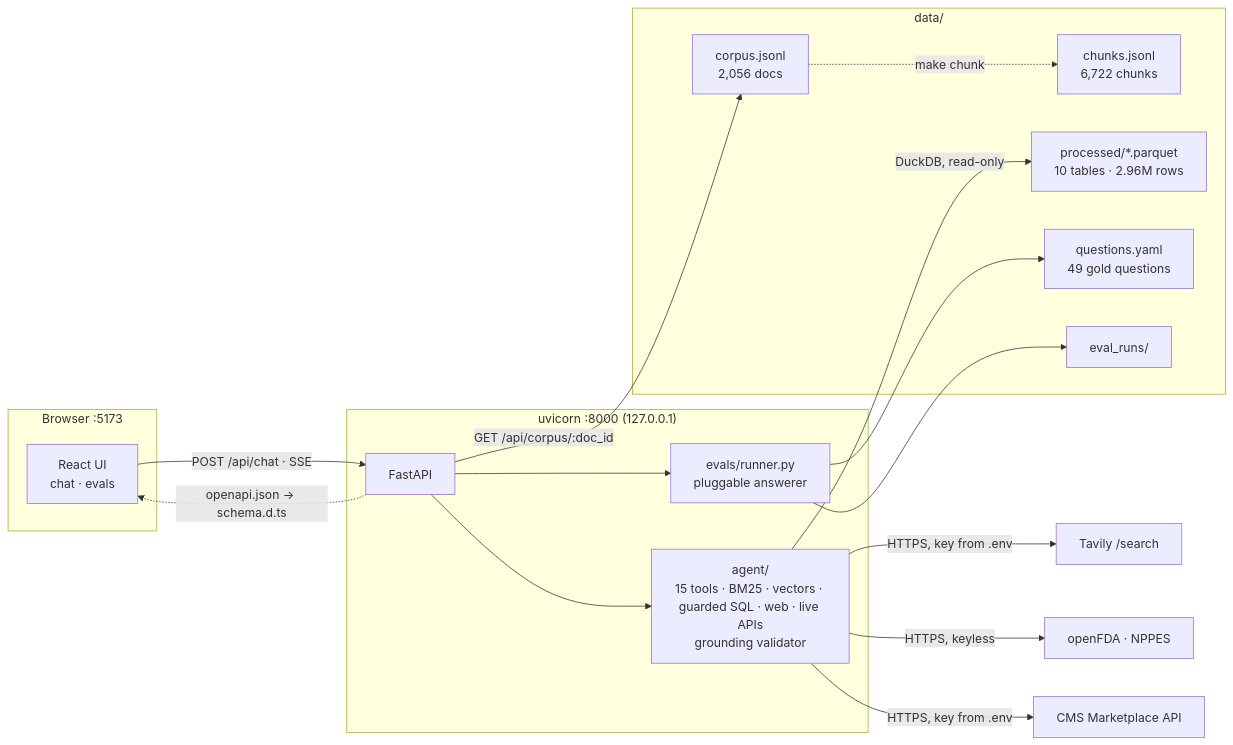
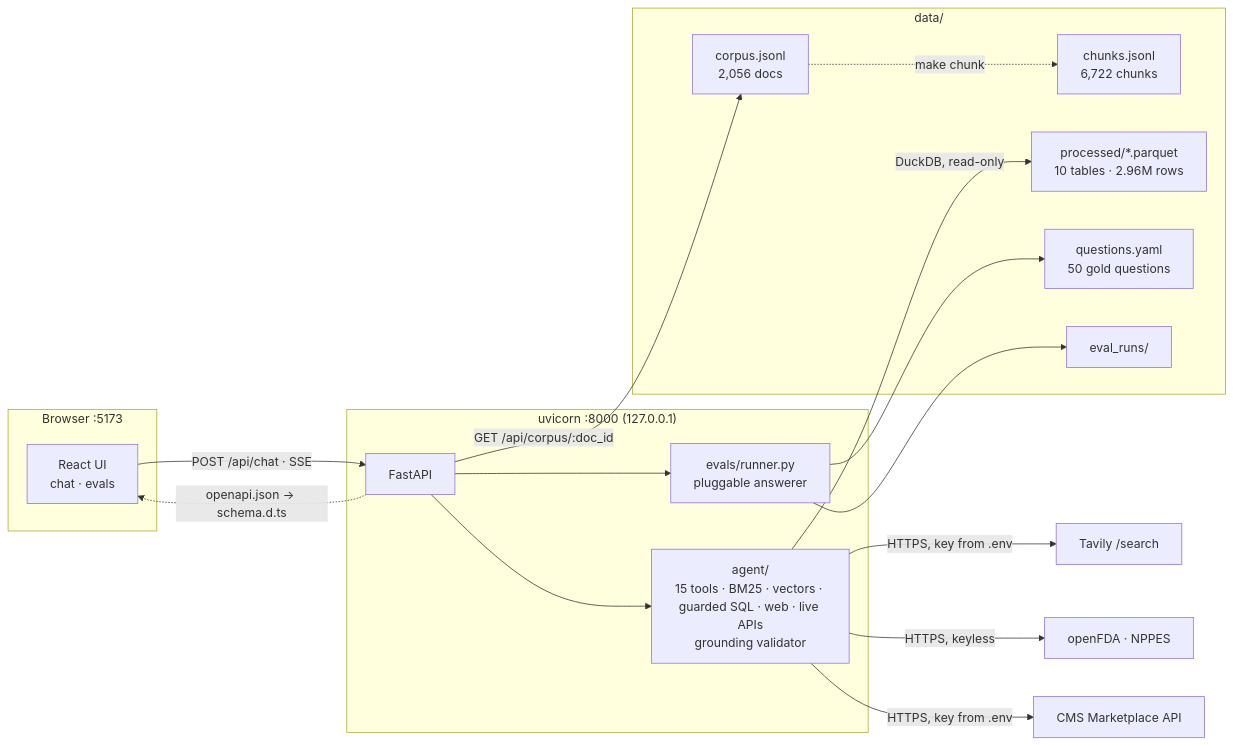
The second of 3 diagrams in README.md (ohandyya/health-coverage-navigator), drawn with Mermaid before and after one commit. The commit also changed other lines of this file and 21 other files, not shown here.

````diff
--- a/README.md
+++ b/README.md
@@ -311,32 +315,32 @@
 ```mermaid
 flowchart LR
     subgraph browser["Browser :5173"]
         UI["React UI<br/>chat · evals"]
     end
     subgraph api["uvicorn :8000 (127.0.0.1)"]
         FA["FastAPI"]
         AGT["agent/<br/>15 tools · BM25 · vectors · guarded SQL · web · live APIs<br/>grounding validator"]
         EV["evals/runner.py<br/>pluggable answerer"]
     end
     subgraph disk["data/"]
         CORP["corpus.jsonl<br/>2,056 docs"]
         CHUNK["chunks.jsonl<br/>6,722 chunks"]
         MIR["processed/*.parquet<br/>10 tables · 2.96M rows"]
-        GOLD["questions.yaml<br/>49 gold questions"]
+        GOLD["questions.yaml<br/>50 gold questions"]
         RUNS["eval_runs/"]
     end
 
     UI -->|"POST /api/chat · SSE"| FA
     FA --> AGT
     FA --> EV
     EV --> GOLD
     EV --> RUNS
     FA -->|"GET /api/corpus/:doc_id"| CORP
     AGT -->|DuckDB, read-only| MIR
     AGT -->|"HTTPS, key from .env"| TAV["Tavily /search"]
     AGT -->|"HTTPS, keyless"| FDA["openFDA · NPPES"]
     AGT -->|"HTTPS, key from .env"| MKT["CMS Marketplace API"]
     CORP -.->|make chunk| CHUNK
 
     FA -.->|"openapi.json → schema.d.ts"| UI
 ```
````
